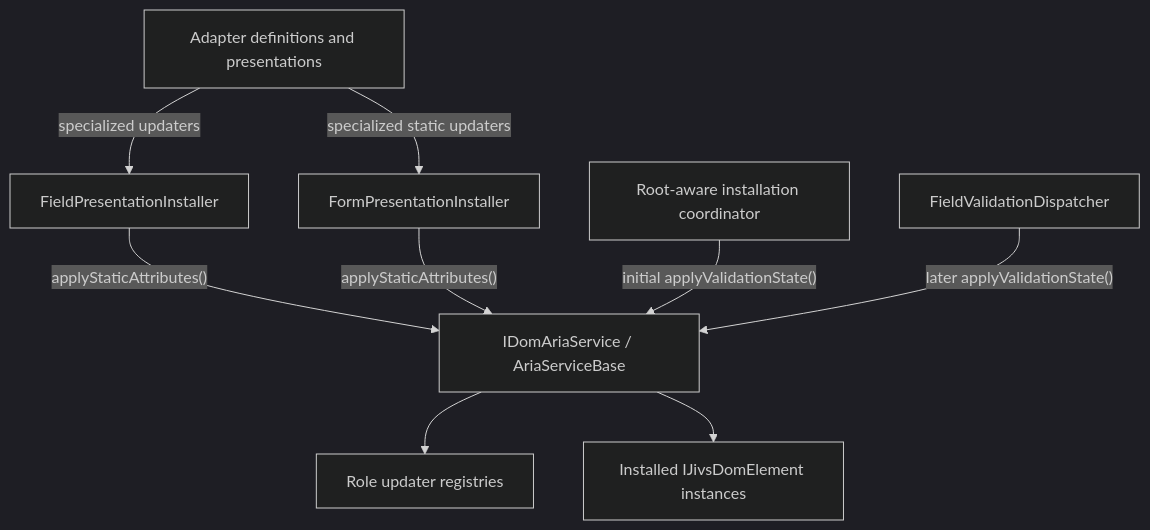
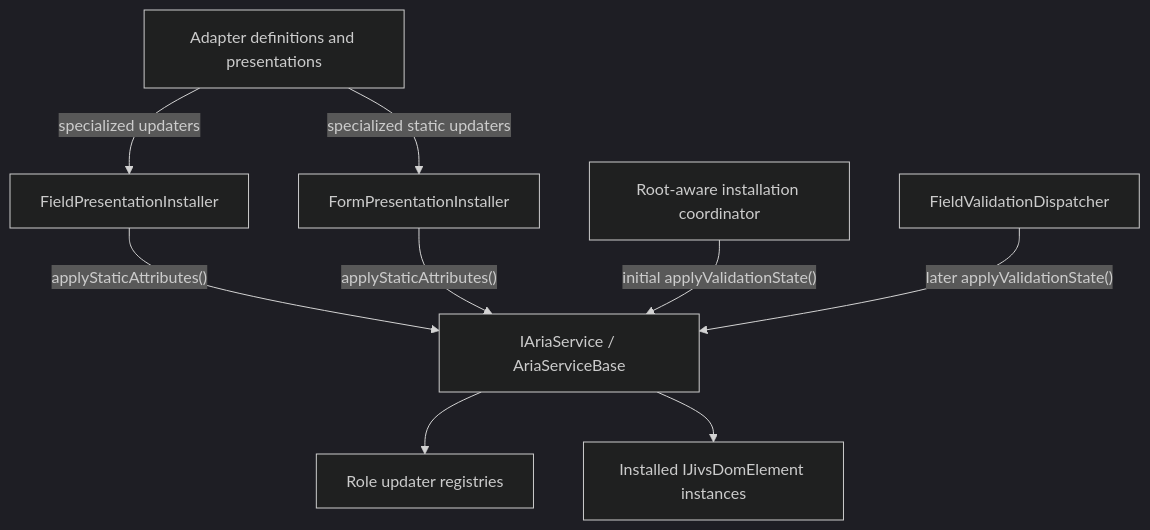
The diagram in planning/Aria Design.md (plblum/jivs), drawn with Mermaid (dark theme) before and after one commit. The commit also changed other lines of this file and 31 other files, not shown here.

````diff
--- a/planning/Aria Design.md
+++ b/planning/Aria Design.md
@@ -39,20 +39,20 @@
 ```mermaid
 flowchart TB
     Providers["Adapter definitions and presentations"]
     FieldInstaller["FieldPresentationInstaller"]
     FormInstaller["FormPresentationInstaller"]
     Coordinator["Root-aware installation coordinator"]
     Dispatcher["FieldValidationDispatcher"]
-    Service["IDomAriaService / AriaServiceBase"]
+    Service["IAriaService / AriaServiceBase"]
     Registry["Role updater registries"]
     Elements["Installed IJivsDomElement instances"]
 
     Providers -->|"specialized updaters"| FieldInstaller
     Providers -->|"specialized static updaters"| FormInstaller
     FieldInstaller -->|"applyStaticAttributes()"| Service
     FormInstaller -->|"applyStaticAttributes()"| Service
     Coordinator -->|"initial applyValidationState()"| Service
     Dispatcher -->|"later applyValidationState()"| Service
     Service --> Registry
     Service --> Elements
 ```
````
